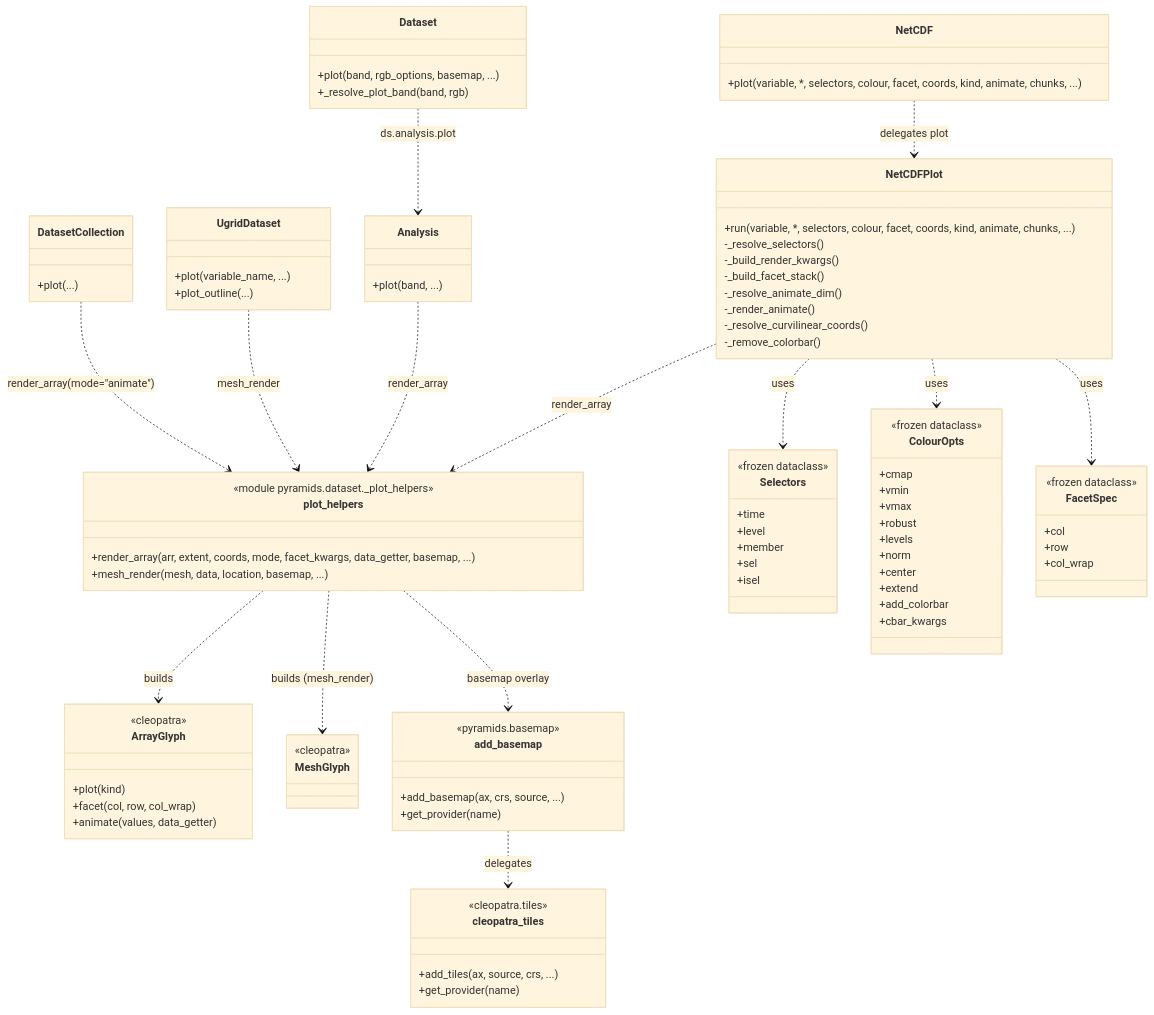
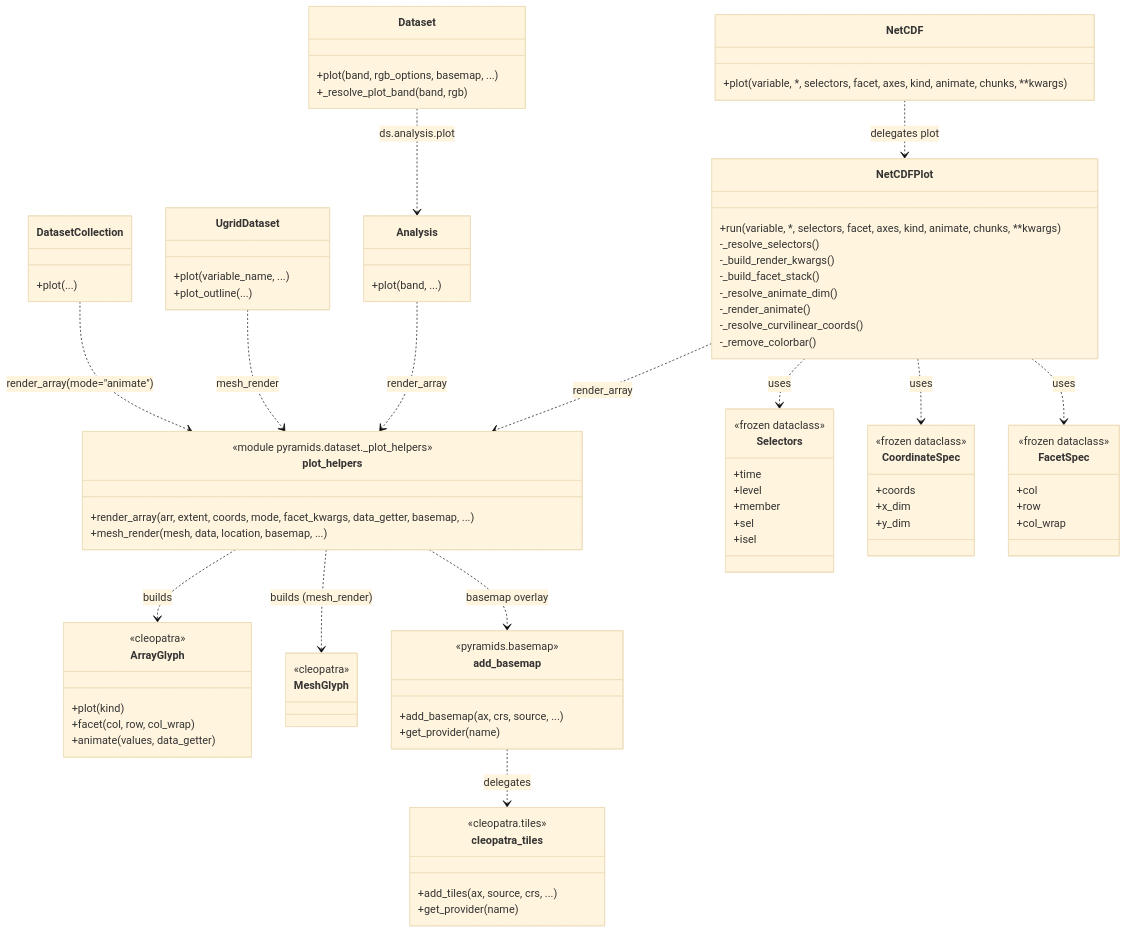
The second of 11 diagrams in docs/overview/diagrams.md (serapeum-org/pyramids), drawn with Mermaid (base theme) before and after one commit. The commit also changed other lines of this file and 19 other files, not shown here.

First line of the commit message:
refactor(netcdf)!: mirror NetCDF.plot signature on Dataset.plot (#995)

```diff
--- a/docs/overview/diagrams.md
+++ b/docs/overview/diagrams.md
@@ -89,7 +89,7 @@
     +_resolve_plot_band(band, rgb)
   }
   class NetCDF {
-    +plot(variable, *, selectors, colour, facet, coords, kind, animate, chunks, ...)
+    +plot(variable, *, selectors, facet, axes, kind, animate, chunks, **kwargs)
   }
   class DatasetCollection {
     +plot(...)
@@ -102,7 +102,7 @@
     +plot(band, ...)
   }
   class NetCDFPlot {
-    +run(variable, *, selectors, colour, facet, coords, kind, animate, chunks, ...)
+    +run(variable, *, selectors, facet, axes, kind, animate, chunks, **kwargs)
     -_resolve_selectors()
     -_build_render_kwargs()
     -_build_facet_stack()
@@ -124,18 +124,11 @@
     +sel
     +isel
   }
-  class ColourOpts {
+  class CoordinateSpec {
     <<frozen dataclass>>
-    +cmap
-    +vmin
-    +vmax
-    +robust
-    +levels
-    +norm
-    +center
-    +extend
-    +add_colorbar
-    +cbar_kwargs
+    +coords
+    +x_dim
+    +y_dim
   }
   class FacetSpec {
     <<frozen dataclass>>
@@ -168,7 +161,7 @@
   NetCDF ..> NetCDFPlot : delegates plot
   NetCDFPlot ..> plot_helpers : render_array
   NetCDFPlot ..> Selectors : uses
-  NetCDFPlot ..> ColourOpts : uses
+  NetCDFPlot ..> CoordinateSpec : uses
   NetCDFPlot ..> FacetSpec : uses
   DatasetCollection ..> plot_helpers : render_array(mode="animate")
   UgridDataset ..> plot_helpers : mesh_render
```
